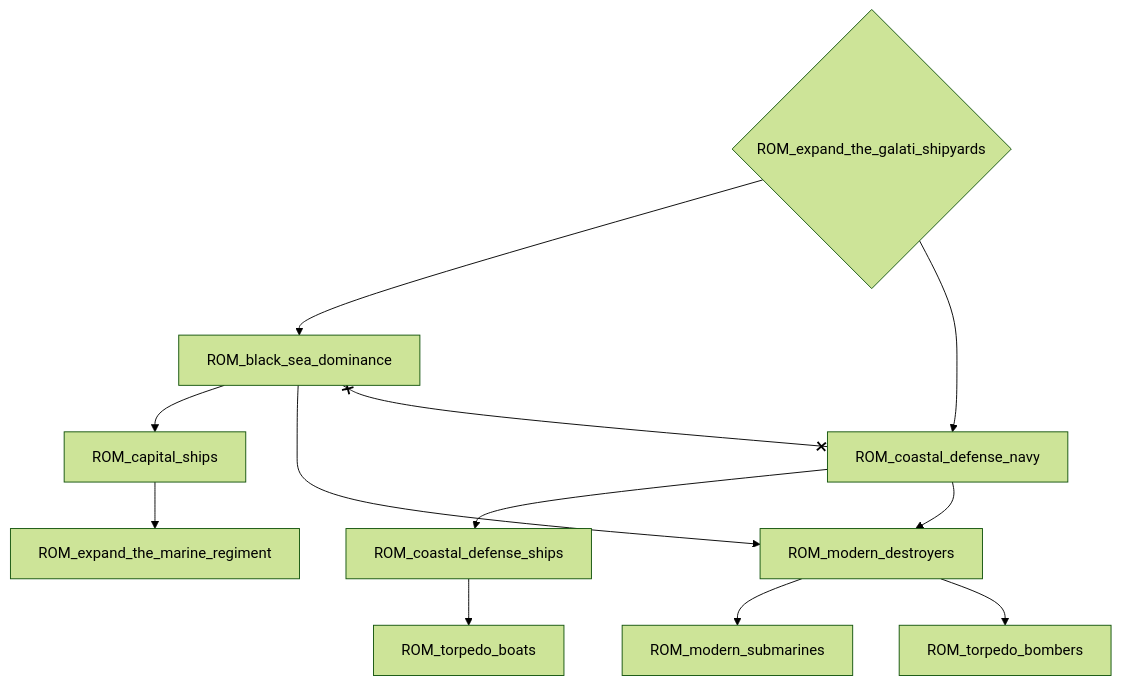
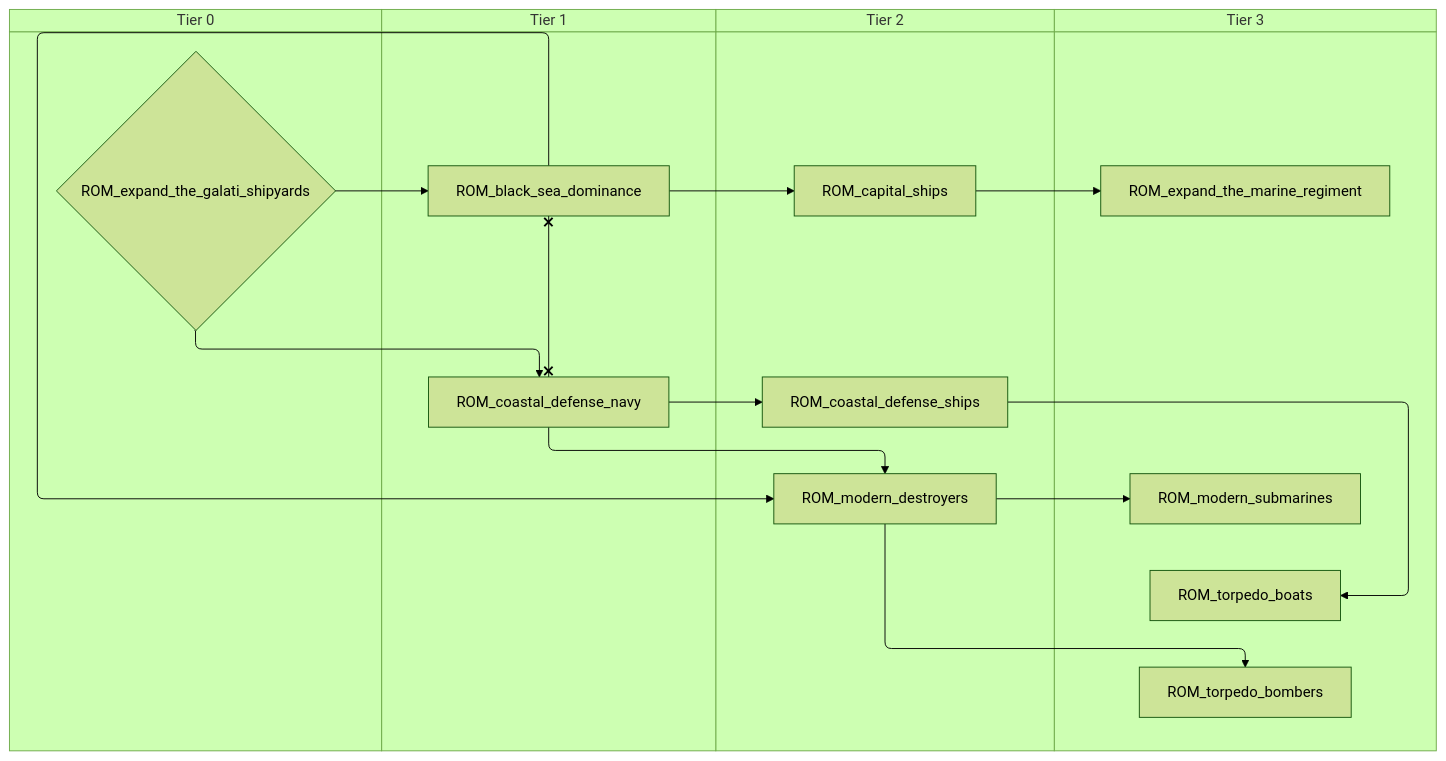
Before and after one commit to evgeny-sobol/hoi4-sandbox-mode: the fourth of 6 diagrams in docs/gdd/National Focuses/romania.md, drawn with Mermaid (forest theme). The commit also changed other lines of this file and 80 other files, not shown here.

First line of the commit message:
Add swimlane mode to focus graph exporter

````diff
--- a/docs/gdd/National Focuses/romania.md
+++ b/docs/gdd/National Focuses/romania.md
@@ -134,24 +174,32 @@
 ```mermaid
-flowchart TD
-    n53["ROM_black_sea_dominance"]
-    n54["ROM_capital_ships"]
-    n55["ROM_coastal_defense_navy"]
-    n56["ROM_coastal_defense_ships"]
-    n57{"ROM_expand_the_galati_shipyards"}
-    n58["ROM_expand_the_marine_regiment"]
-    n59["ROM_modern_destroyers"]
-    n60["ROM_modern_submarines"]
-    n61["ROM_torpedo_boats"]
-    n62["ROM_torpedo_bombers"]
-    n57 --> n53
+swimlane-beta TD
+    subgraph tier_0["Tier 0"]
+        n53{"ROM_expand_the_galati_shipyards"}
+    end
+    subgraph tier_1["Tier 1"]
+        n54["ROM_black_sea_dominance"]
+        n55["ROM_coastal_defense_navy"]
+    end
+    subgraph tier_2["Tier 2"]
+        n56["ROM_capital_ships"]
+        n57["ROM_coastal_defense_ships"]
+        n58["ROM_modern_destroyers"]
+    end
+    subgraph tier_3["Tier 3"]
+        n59["ROM_expand_the_marine_regiment"]
+        n60["ROM_modern_submarines"]
+        n61["ROM_torpedo_boats"]
+        n62["ROM_torpedo_bombers"]
+    end
     n53 --> n54
-    n57 --> n55
-    n55 --> n56
+    n54 --> n56
+    n53 --> n55
+    n55 --> n57
+    n56 --> n59
+    n55 --> n58
     n54 --> n58
-    n55 --> n59
-    n53 --> n59
-    n59 --> n60
-    n56 --> n61
-    n59 --> n62
-    n53 x--x n55
+    n58 --> n60
+    n57 --> n61
+    n58 --> n62
+    n54 x--x n55
 ```
````
